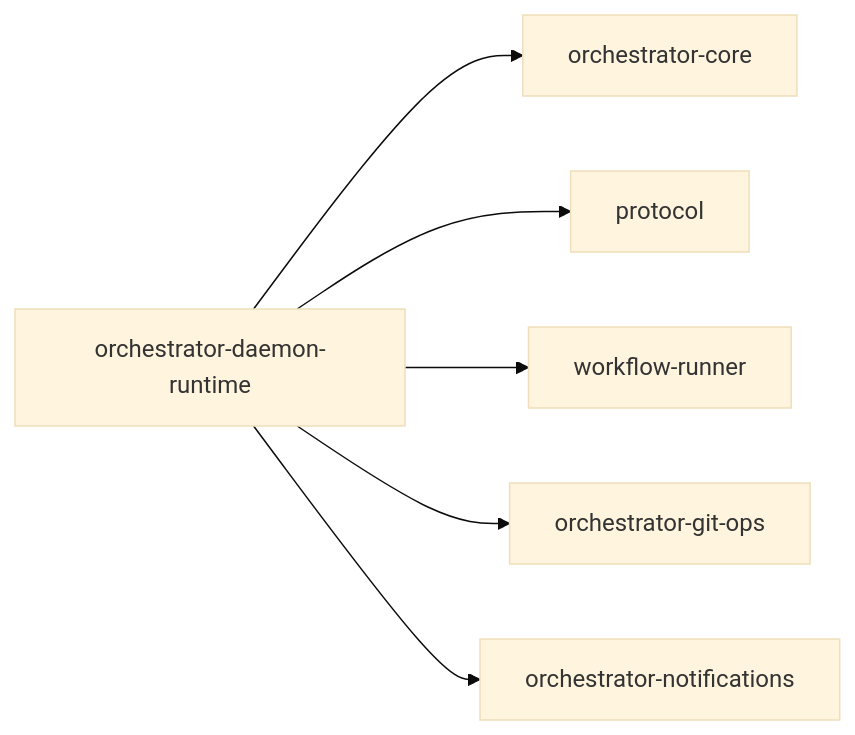
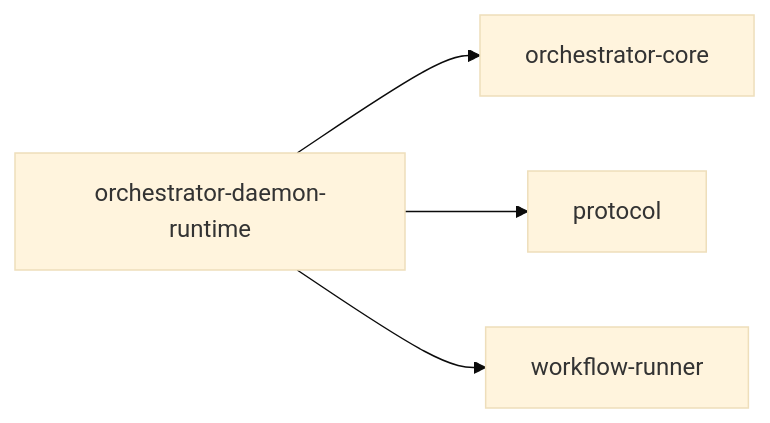
One commit to launchapp-dev/animus-cli changed the second of 2 diagrams in crates/orchestrator-daemon-runtime/README.md. Above: the diagram before and after it, drawn with Mermaid (base theme). The commit also changed 28 other files, not shown here.

````diff
--- a/crates/orchestrator-daemon-runtime/README.md
+++ b/crates/orchestrator-daemon-runtime/README.md
@@ -90,15 +90,11 @@
 ```mermaid
 graph LR
     DRT["orchestrator-daemon-runtime"]
     CORE["orchestrator-core"]
     PROTO["protocol"]
     WFR["workflow-runner"]
-    GIT["orchestrator-git-ops"]
-    NOTIF["orchestrator-notifications"]
 
     DRT --> CORE
     DRT --> PROTO
     DRT --> WFR
-    DRT --> GIT
-    DRT --> NOTIF
 ```
````
